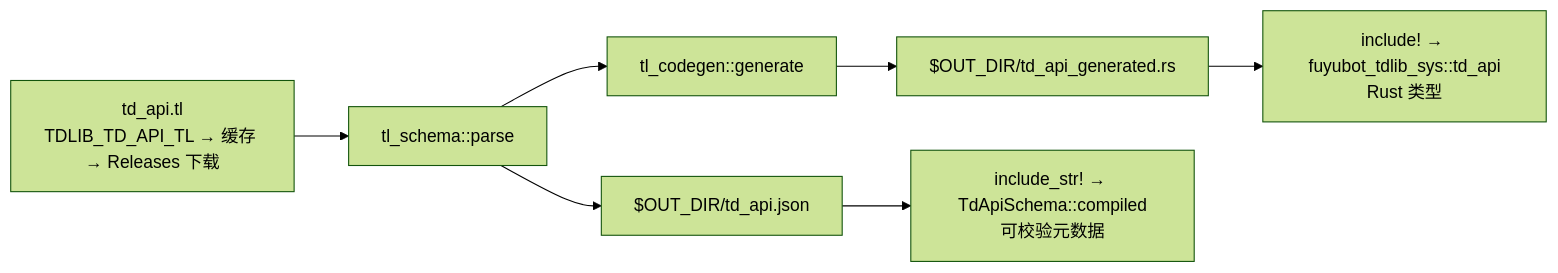
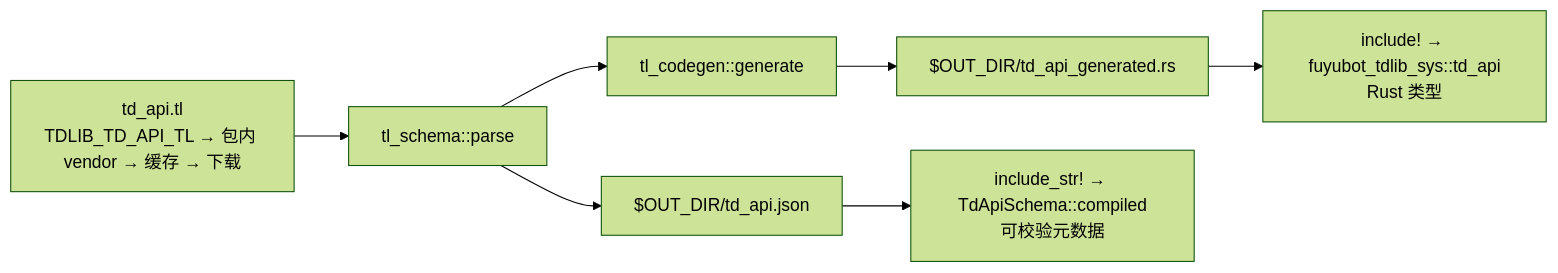
Before and after one commit to CatMoeCircle/FuyuBot-docs: the fifth of 5 diagrams in content/docs/dev/architecture.mdx, drawn with Mermaid (forest theme). The commit also changed other lines of this file and 10 other files, not shown here.

````diff
--- a/content/docs/dev/architecture.mdx
+++ b/content/docs/dev/architecture.mdx
@@ -204,8 +204,8 @@
 ```mermaid
 graph LR
-  TL["td_api.tl<br/>TDLIB_TD_API_TL → 缓存 → Releases 下载"] --> P["tl_schema::parse"]
+  TL["td_api.tl<br/>TDLIB_TD_API_TL → 包内 vendor → 缓存 → 下载"] --> P["tl_schema::parse"]
   P --> G["tl_codegen::generate"] --> RS["$OUT_DIR/td_api_generated.rs"]
   RS --> TD["include! → fuyubot_tdlib_sys::td_api<br/>Rust 类型"]
   P --> J["$OUT_DIR/td_api.json"]
   J --> SC["include_str! → TdApiSchema::compiled<br/>可校验元数据"]
 ```
````
